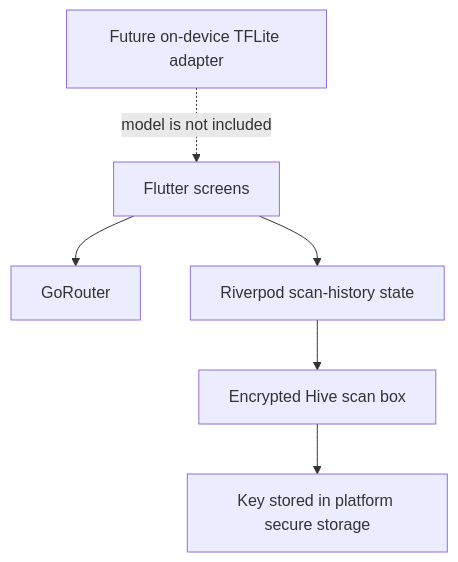
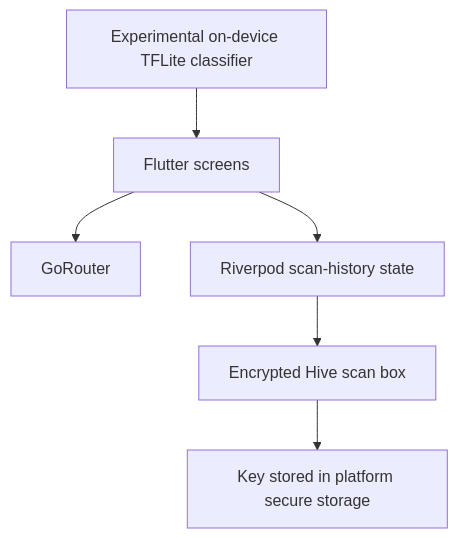
The diagram in README.md (Amunikeqtip/Skin-AI-Assist), drawn with Mermaid before and after one commit. The commit also changed other lines of this file and 10 other files, not shown here.

````diff
--- a/README.md
+++ b/README.md
@@ -179,8 +196,8 @@
 ```mermaid
 flowchart TD
   Screens[Flutter screens] --> Router[GoRouter]
   Screens --> Providers[Riverpod scan-history state]
   Providers --> ScanStore[Encrypted Hive scan box]
   ScanStore --> Key[Key stored in platform secure storage]
-  Model[Future on-device TFLite adapter] -. model is not included .-> Screens
+  Model[Experimental on-device TFLite classifier] --> Screens
 ```
````
